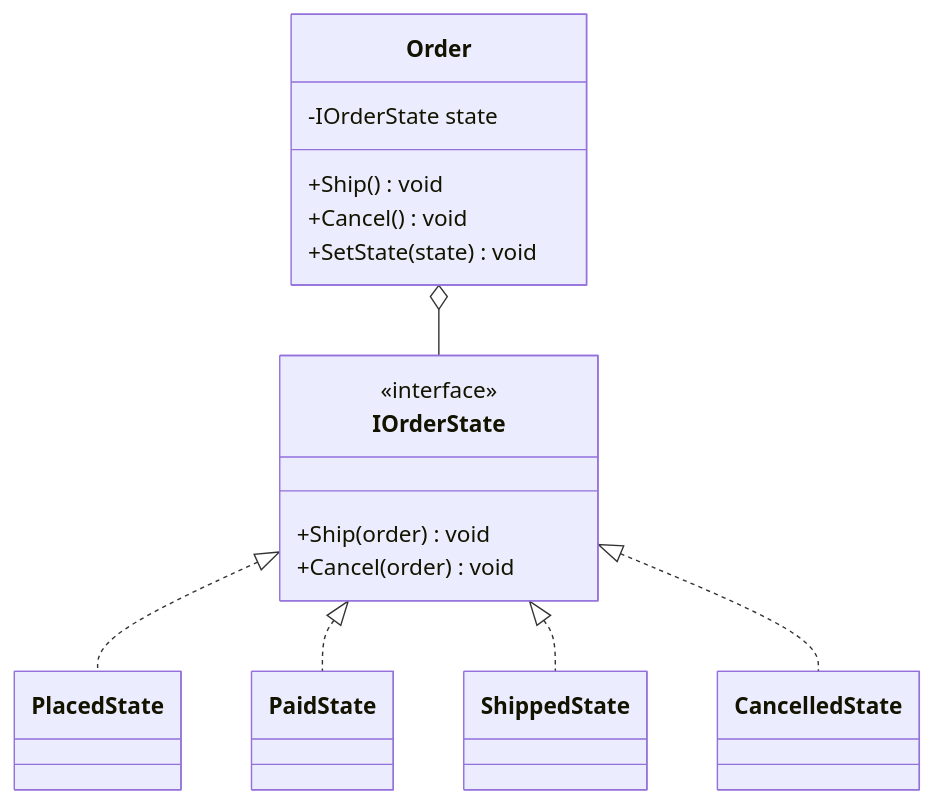
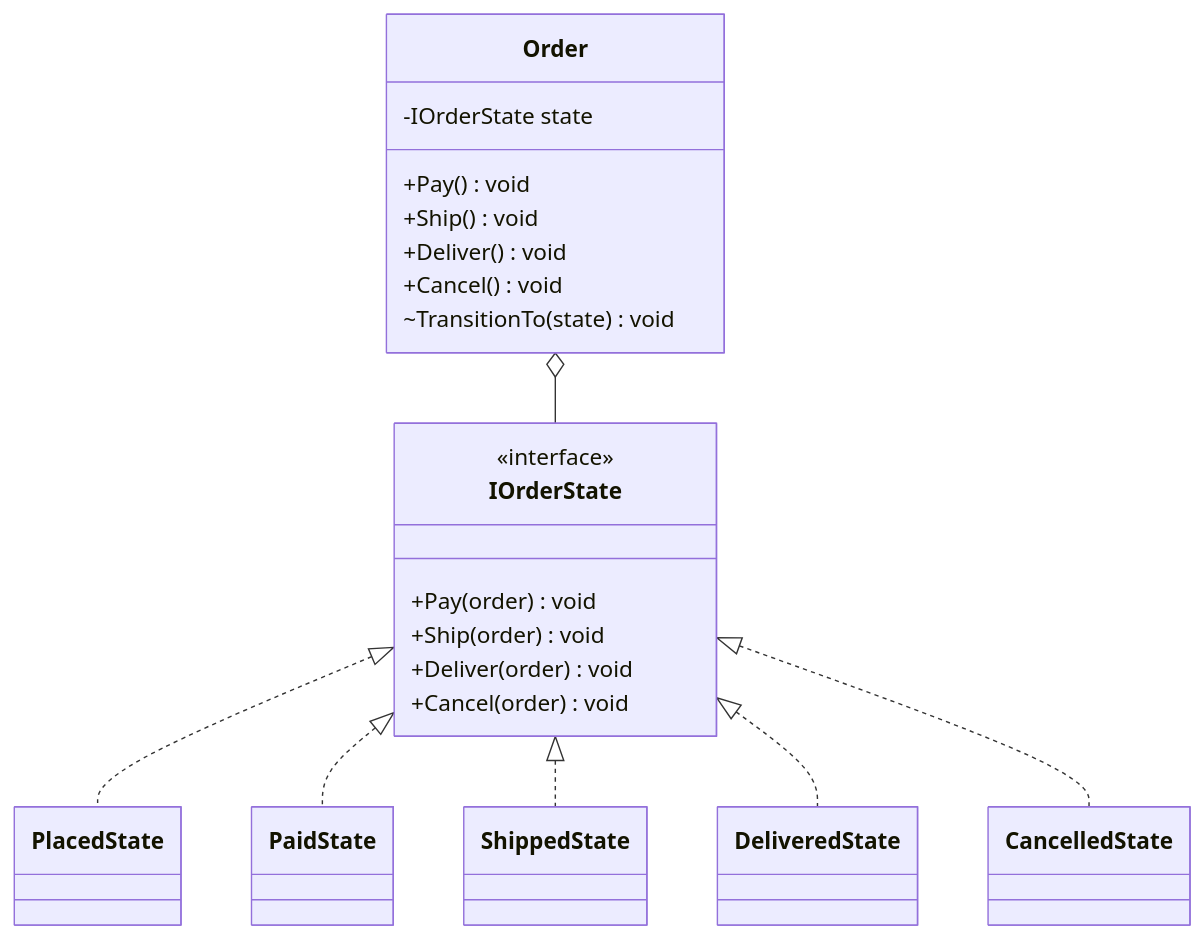
One commit to tushardongre1990/LLD-Claude changed the first of 2 diagrams in 00-Foundations/04-Design-Patterns/Behavioral/State/notes.md. Above: the diagram before and after it, drawn with Mermaid. The commit also changed other lines of this file and 32 other files, not shown here.

````diff
--- a/00-Foundations/04-Design-Patterns/Behavioral/State/notes.md
+++ b/00-Foundations/04-Design-Patterns/Behavioral/State/notes.md
@@ -41,24 +41,30 @@
 ```mermaid
 classDiagram
     class Order {
         -IOrderState state
+        +Pay() void
         +Ship() void
+        +Deliver() void
         +Cancel() void
-        +SetState(state) void
+        ~TransitionTo(state) void
     }
     class IOrderState {
         <<interface>>
+        +Pay(order) void
         +Ship(order) void
+        +Deliver(order) void
         +Cancel(order) void
     }
     class PlacedState
     class PaidState
     class ShippedState
+    class DeliveredState
     class CancelledState
 
     Order o-- IOrderState
     IOrderState <|.. PlacedState
     IOrderState <|.. PaidState
     IOrderState <|.. ShippedState
+    IOrderState <|.. DeliveredState
     IOrderState <|.. CancelledState
 ```
````
